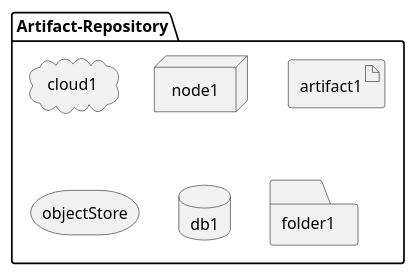
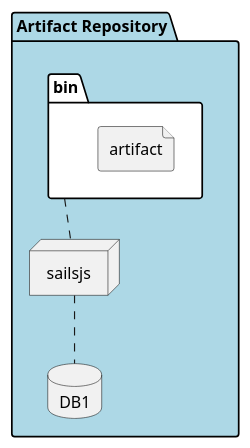
The diagram in docs/Solution/Artifact-Repository/Deployment.puml (CAADE/C3), drawn with PlantUML before and after one commit. The commit also changed 158 other files, not shown here.

```diff
--- a/docs/Solution/Artifact-Repository/Deployment.puml
+++ b/docs/Solution/Artifact-Repository/Deployment.puml
@@ -1,12 +1,14 @@
 @startuml
 
-package  "Artifact-Repository" {
-  cloud cloud1
-  node node1
-  artifact artifact1
-  storage objectStore
-  database db1
-  folder folder1
+package  "Artifact Repository" #lightblue {
+  folder bin #ffffff {
+    file artifact
+  }
+  node sailsjs
+  database DB1
+
+  sailsjs .. DB1
+  bin .. sailsjs
 }
 
 @enduml
```
